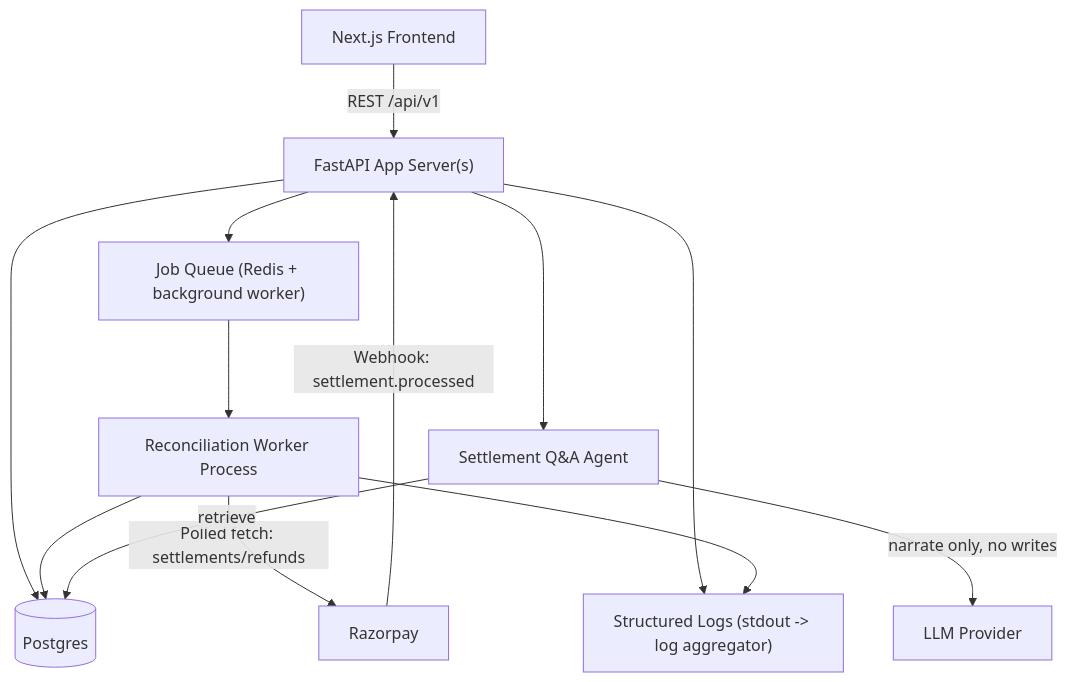
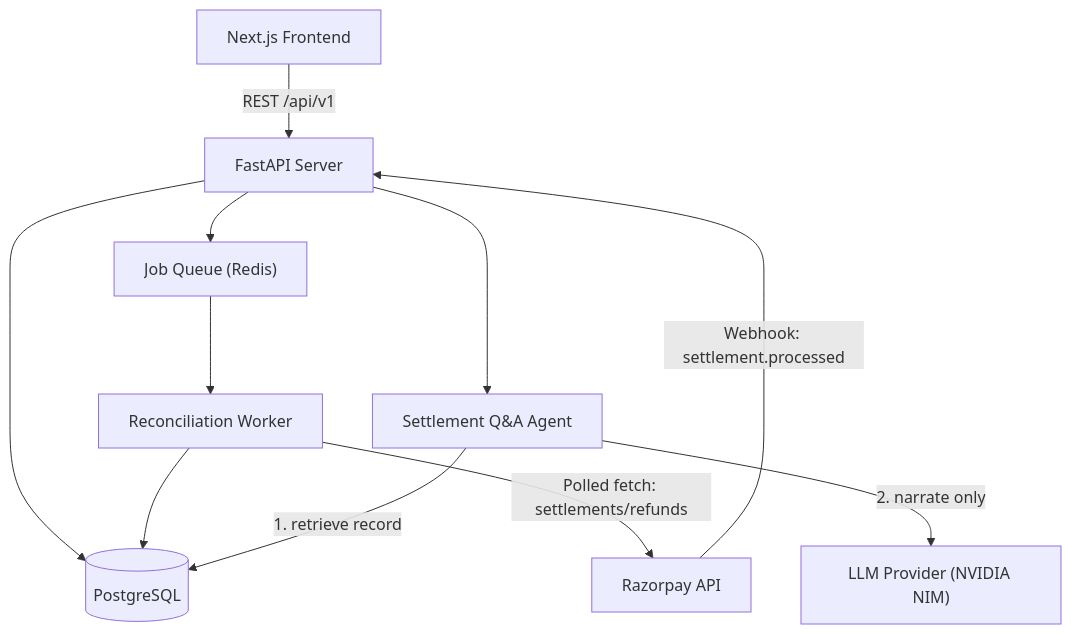
The first of 4 diagrams in SYSTEM-DESIGN.md (AkshayHaldar/ReconGrid-AI), drawn with Mermaid before and after one commit. The commit also changed other lines of this file and 7 other files, not shown here.

````diff
--- a/SYSTEM-DESIGN.md
+++ b/SYSTEM-DESIGN.md
@@ -25,15 +35,13 @@
 ```mermaid
 flowchart TB
-    FE["Next.js Frontend"] -->|REST /api/v1| API["FastAPI App Server(s)"]
-    API --> DB[(Postgres)]
-    API --> Q["Job Queue (Redis + background worker)"]
-    Q --> Worker["Reconciliation Worker Process"]
+    FE["Next.js Frontend"] -->|REST /api/v1| API["FastAPI Server"]
+    API --> DB[(PostgreSQL)]
+    API --> Q["Job Queue (Redis)"]
+    Q --> Worker["Reconciliation Worker"]
     Worker --> DB
-    RZP["Razorpay"] -->|Webhook: settlement.processed| API
+    RZP["Razorpay API"] -->|Webhook: settlement.processed| API
     Worker -->|Polled fetch: settlements/refunds| RZP
     API --> QA["Settlement Q&A Agent"]
-    QA -->|retrieve| DB
-    QA -->|narrate only, no writes| LLM["LLM Provider"]
-    API --> Log["Structured Logs (stdout -> log aggregator)"]
-    Worker --> Log
+    QA -->|1. retrieve record| DB
+    QA -->|2. narrate only| LLM["LLM Provider (NVIDIA NIM)"]
 ```
````
